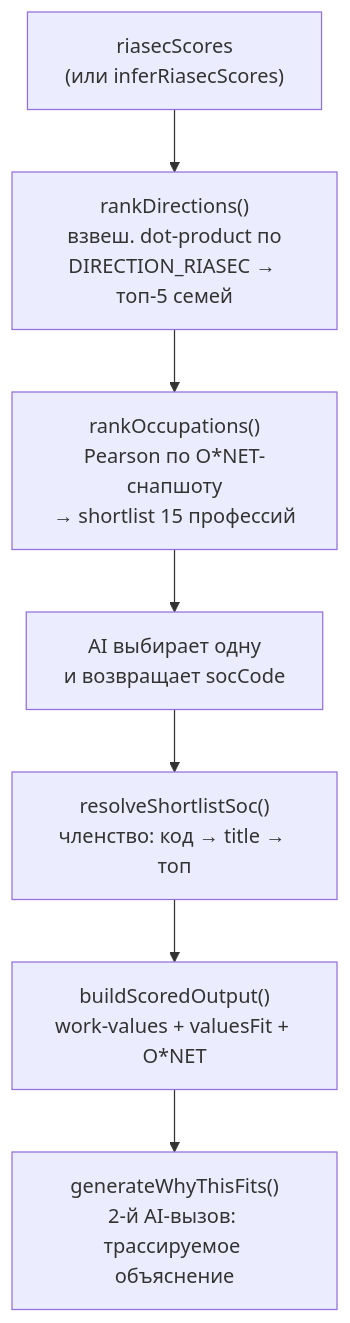
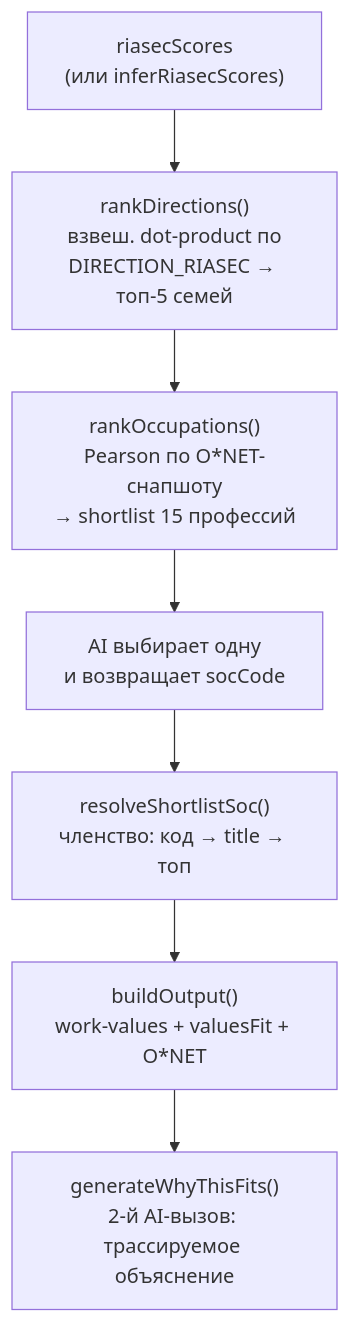
One commit to H1di/ai_survey changed the third of 3 diagrams in ASSESSMENT-LOGIC.md. Above: the diagram before and after it, drawn with Mermaid. The commit also changed other lines of this file and 31 other files, not shown here.

````diff
--- a/ASSESSMENT-LOGIC.md
+++ b/ASSESSMENT-LOGIC.md
@@ -353,9 +353,9 @@
 ```mermaid
 flowchart TD
     R["riasecScores<br/>(или inferRiasecScores)"] --> D["rankDirections()<br/>взвеш. dot-product по<br/>DIRECTION_RIASEC → топ-5 семей"]
     D --> O["rankOccupations()<br/>Pearson по O*NET-снапшоту<br/>→ shortlist 15 профессий"]
     O --> AI["AI выбирает одну<br/>и возвращает socCode"]
     AI --> S["resolveShortlistSoc()<br/>членство: код → title → топ"]
-    S --> B["buildScoredOutput()<br/>work-values + valuesFit + O*NET"]
+    S --> B["buildOutput()<br/>work-values + valuesFit + O*NET"]
     B --> W["generateWhyThisFits()<br/>2-й AI-вызов: трассируемое объяснение"]
 ```
````
